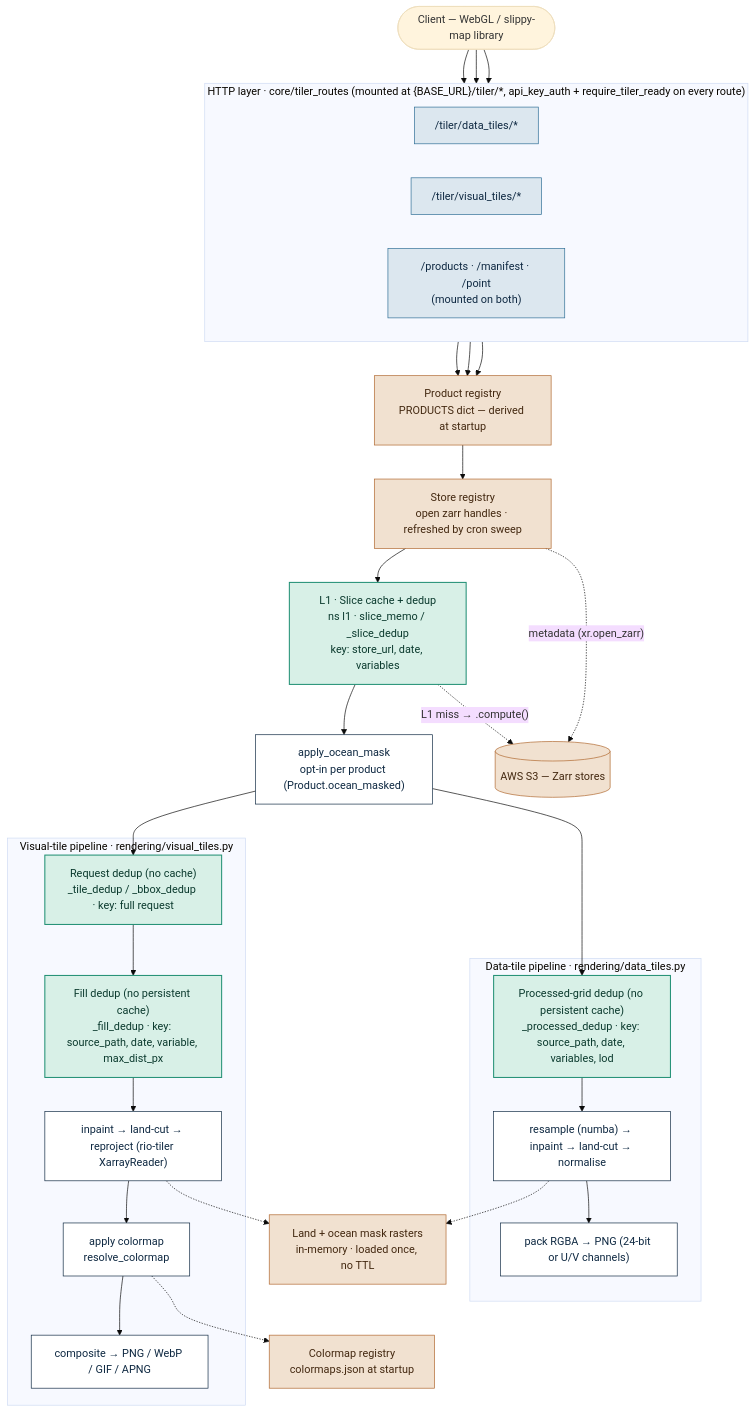
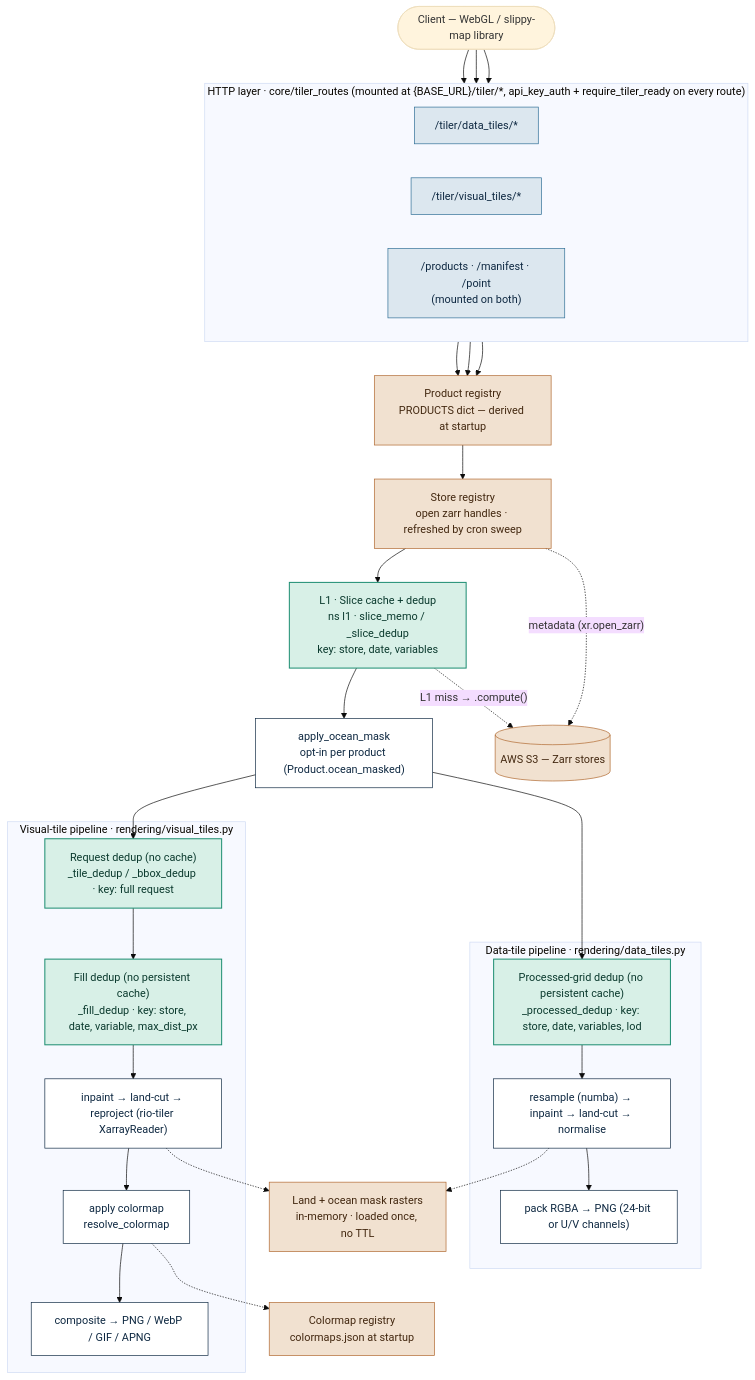
One commit to aodn/data-access-service changed the diagram in data_access_service/tiler/technical.md. Above: the diagram before and after it, drawn with Mermaid (base theme). The commit also changed other lines of this file and 56 other files, not shown here.

````diff
--- a/data_access_service/tiler/technical.md
+++ b/data_access_service/tiler/technical.md
@@ -72,67 +72,67 @@
 ```mermaid
 flowchart TD
     client(["Client — WebGL / slippy-map library"])
 
     subgraph ROUTERS["HTTP layer  ·  core/tiler_routes  (mounted at {BASE_URL}/tiler/*, api_key_auth + require_tiler_ready on every route)"]
         direction LR
         dtRouter["/tiler/data_tiles/*"]
         vtRouter["/tiler/visual_tiles/*"]
         prodRouter["/products · /manifest · /point<br/>(mounted on both)"]
     end
 
     client --> dtRouter
     client --> vtRouter
     client --> prodRouter
 
     registry["Product registry<br/>PRODUCTS dict — derived at startup"]
     dtRouter --> registry
     vtRouter --> registry
     prodRouter --> registry
 
     storeReg["Store registry<br/>open zarr handles · refreshed by cron sweep"]
     registry --> storeReg
 
-    sliceCache["L1 · Slice cache + dedup<br/>ns l1 · slice_memo / _slice_dedup<br/>key: store_url, date, variables"]
+    sliceCache["L1 · Slice cache + dedup<br/>ns l1 · slice_memo / _slice_dedup<br/>key: store, date, variables"]
     storeReg --> sliceCache
     oceanMask["apply_ocean_mask<br/>opt-in per product (Product.ocean_masked)"]
     sliceCache --> oceanMask
 
     subgraph DT["Data-tile pipeline  ·  rendering/data_tiles.py"]
-        dtDedup["Processed-grid dedup (no persistent cache)<br/>_processed_dedup · key: source_path, date, variables, lod"]
+        dtDedup["Processed-grid dedup (no persistent cache)<br/>_processed_dedup · key: store, date, variables, lod"]
         dtCompute["resample (numba) → inpaint → land-cut → normalise"]
         dtPng["pack RGBA → PNG (24-bit or U/V channels)"]
         dtDedup --> dtCompute --> dtPng
     end
     oceanMask --> dtDedup
 
     subgraph VT["Visual-tile pipeline  ·  rendering/visual_tiles.py"]
         vtReqDedup["Request dedup (no cache)<br/>_tile_dedup / _bbox_dedup · key: full request"]
-        vtFillDedup["Fill dedup (no persistent cache)<br/>_fill_dedup · key: source_path, date, variable, max_dist_px"]
+        vtFillDedup["Fill dedup (no persistent cache)<br/>_fill_dedup · key: store, date, variable, max_dist_px"]
         vtCompute["inpaint → land-cut → reproject (rio-tiler XarrayReader)"]
         vtColor["apply colormap<br/>resolve_colormap"]
         vtEncode["composite → PNG / WebP / GIF / APNG"]
         vtReqDedup --> vtFillDedup --> vtCompute --> vtColor --> vtEncode
     end
     oceanMask --> vtReqDedup
 
     landMask["Land + ocean mask rasters<br/>in-memory · loaded once, no TTL"]
     dtCompute -.-> landMask
     vtCompute -.-> landMask
 
     colormapReg["Colormap registry<br/>colormaps.json at startup"]
     vtColor -.-> colormapReg
 
     s3[("AWS S3 — Zarr stores")]
     storeReg -. "metadata (xr.open_zarr)" .-> s3
     sliceCache -. "L1 miss → .compute()" .-> s3
 
     classDef router fill:#DCE7EF,stroke:#2E6E96,color:#0F2942,stroke-width:1px;
     classDef staticNode fill:#F1E1D0,stroke:#B0672E,color:#432810,stroke-width:1px;
     classDef cacheNode fill:#D8F0E7,stroke:#1F8F73,color:#0B3A2E,stroke-width:1.5px;
     classDef processNode fill:#FFFFFF,stroke:#0F2942,color:#0F2942,stroke-width:1px;
 
     class dtRouter,vtRouter,prodRouter router
     class registry,storeReg,landMask,colormapReg,s3 staticNode
     class sliceCache,dtDedup,vtFillDedup,vtReqDedup cacheNode
     class oceanMask,dtCompute,dtPng,vtCompute,vtColor,vtEncode processNode
 ```
````
